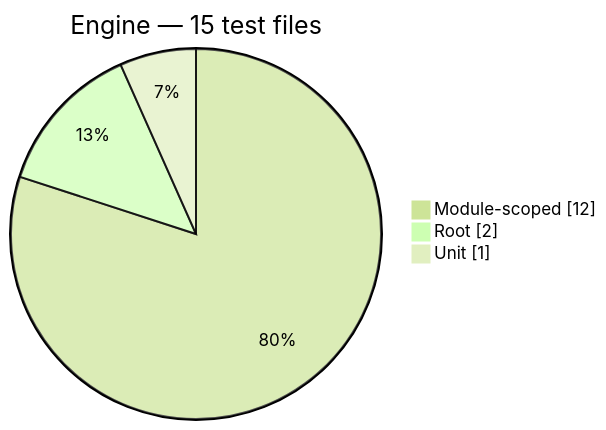
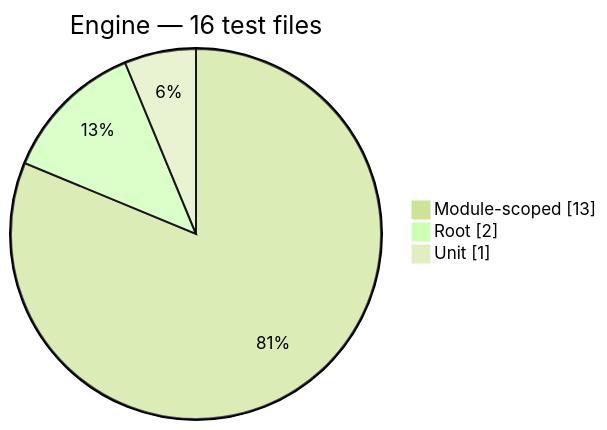
One commit to PHP-Arazzo/php-arazzo changed the sixth of 13 diagrams in docs/generated/test-composition.md. Above: the diagram before and after it, drawn with Mermaid (forest theme). The commit also changed other lines of this file and 16 other files, not shown here.

Commit message:
docs(generated): regenerate architecture diagrams and API docs for transport failure handling

````diff
--- a/docs/generated/test-composition.md
+++ b/docs/generated/test-composition.md
@@ -90,7 +90,7 @@
 ```mermaid
 pie showData
-    title Engine — 15 test files
-    "Module-scoped": 12
+    title Engine — 16 test files
+    "Module-scoped": 13
     "Root": 2
     "Unit": 1
 ```
````
